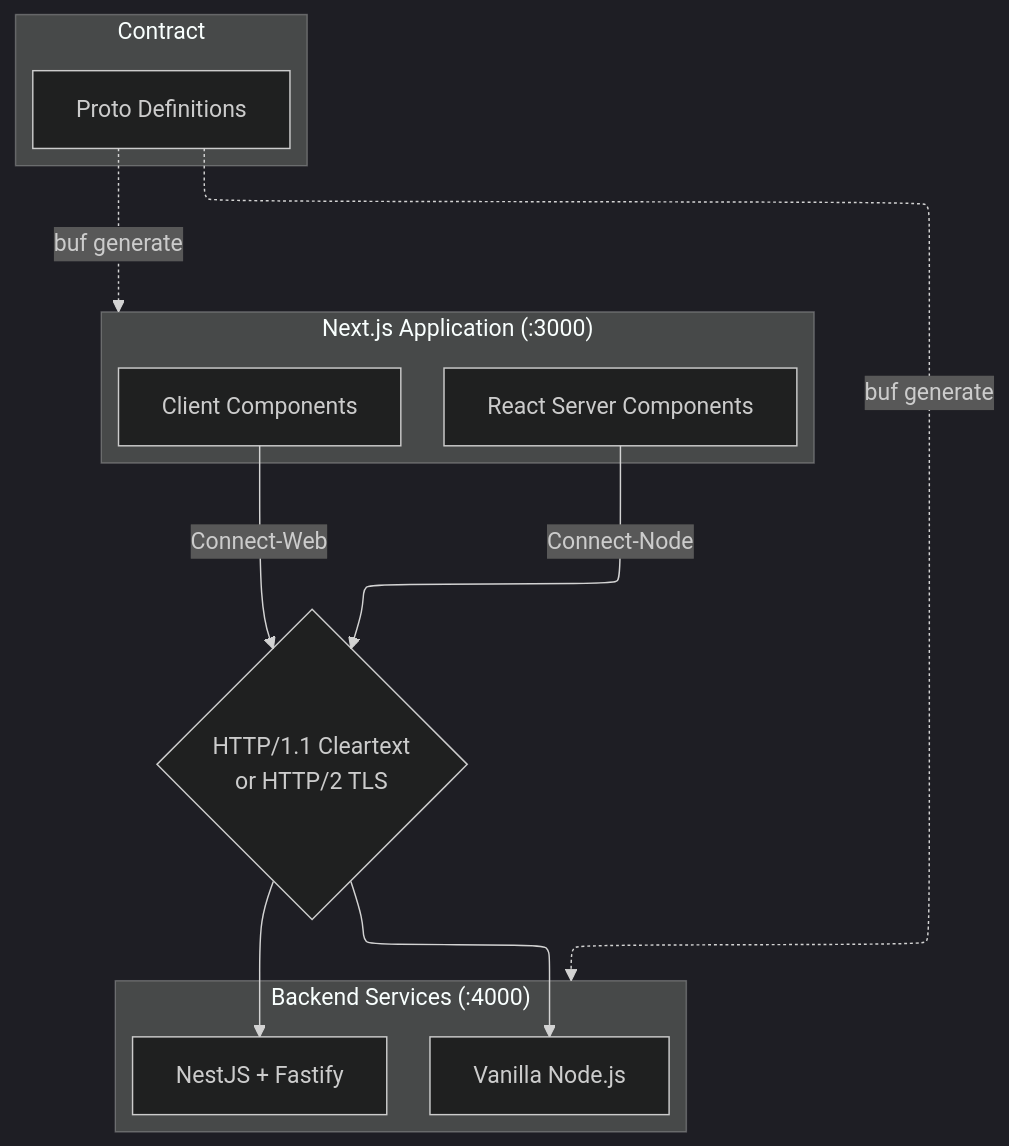
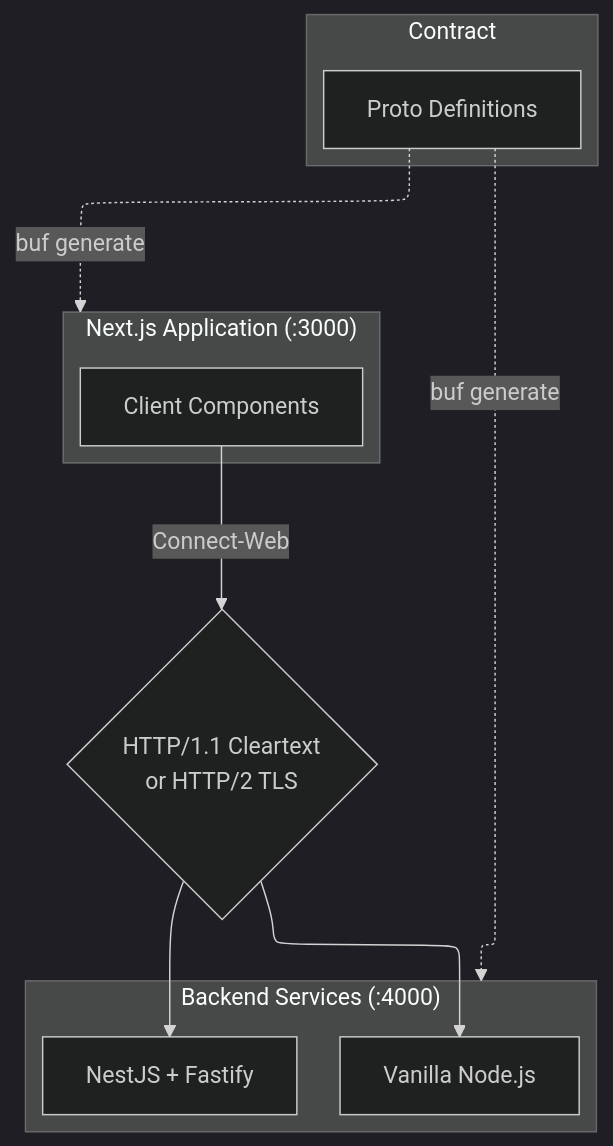
One commit to ask4fusora/connectrpc-with-ecmascript changed the diagram in ARCHITECTURE.md. Above: the diagram before and after it, drawn with Mermaid (dark theme). The commit also changed other lines of this file and 3 other files, not shown here.

Commit message:
docs: remove RSC and `@connectrpc/connect-node` references

````diff
--- a/ARCHITECTURE.md
+++ b/ARCHITECTURE.md
@@ -33,23 +33,21 @@
 ```mermaid
 ---
 config:
   layout: elk
 ---
 flowchart TB
   subgraph Schema["Contract"]
     Proto["Proto Definitions"]
   end
   subgraph Frontend["Next.js Application (:3000)"]
-    RSC["React Server Components"]
     Client["Client Components"]
   end
   subgraph Backend["Backend Services (:4000)"]
     NestJS["NestJS + Fastify"]
     Vanilla["Vanilla Node.js"]
   end
 
   Proto -. buf generate .-> Frontend & Backend
-  RSC -- "Connect-Node" --> Network{"HTTP/1.1 Cleartext<br>or HTTP/2 TLS"}
-  Client -- "Connect-Web" --> Network
+  Client -- "Connect-Web" --> Network{"HTTP/1.1 Cleartext<br>or HTTP/2 TLS"}
   Network --> NestJS & Vanilla
 ```
````
